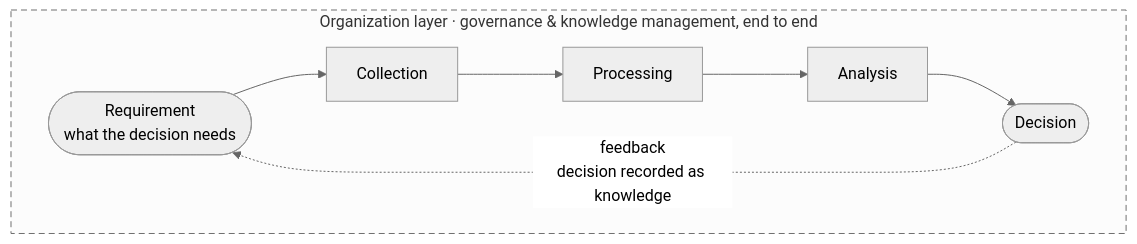
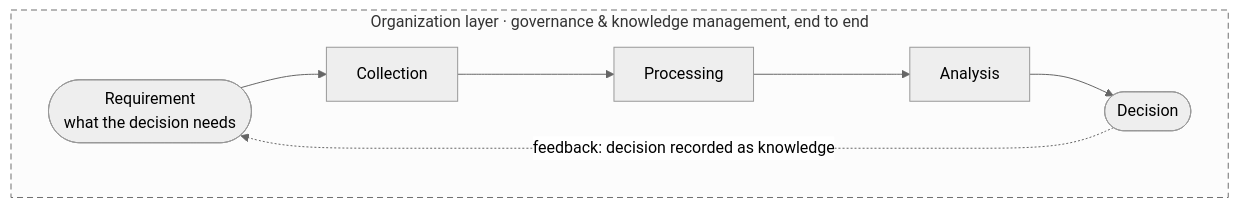
Before and after one commit to ericguadanini/ericguadanini: the diagram in README.md, drawn with Mermaid (neutral theme).

Commit message:
Route the feedback loop along the bottom of the diagram

````diff
--- a/README.md
+++ b/README.md
@@ -17,9 +17,11 @@
 ```mermaid
 flowchart LR
     subgraph ORG["Organization layer · governance & knowledge management, end to end"]
         direction LR
-        R(["Requirement<br/>what the decision needs"]) --> C["Collection"] --> P["Processing"] --> A["Analysis"] --> D(["Decision"])
-        D -. "feedback<br/>decision recorded as knowledge" .-> R
+        R(["Requirement<br/>what the decision needs"])
+        D(["Decision"])
+        D -. "feedback:#nbsp;decision#nbsp;recorded#nbsp;as#nbsp;knowledge" .-> R
+        R --> C["Collection"] --> P["Processing"] --> A["Analysis"] --> D
     end
     style ORG stroke-dasharray: 6 4
 ```
````
